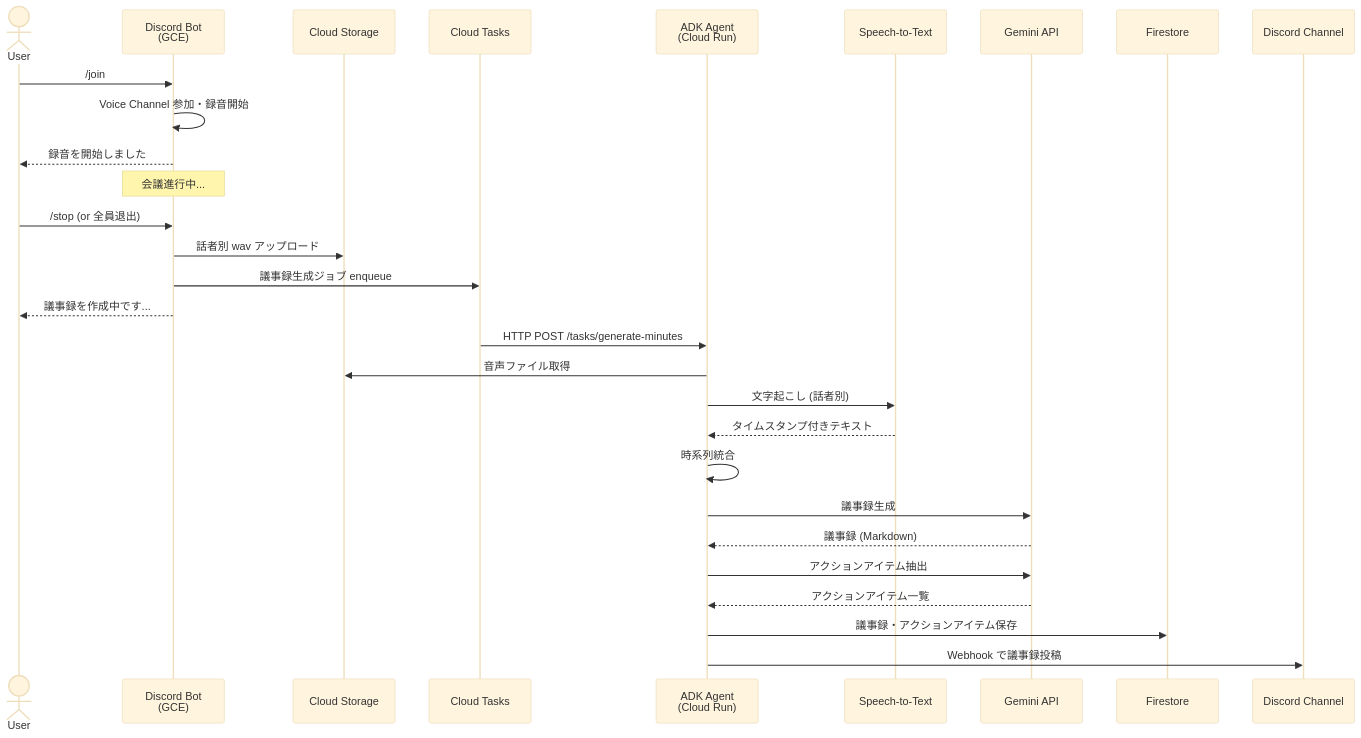
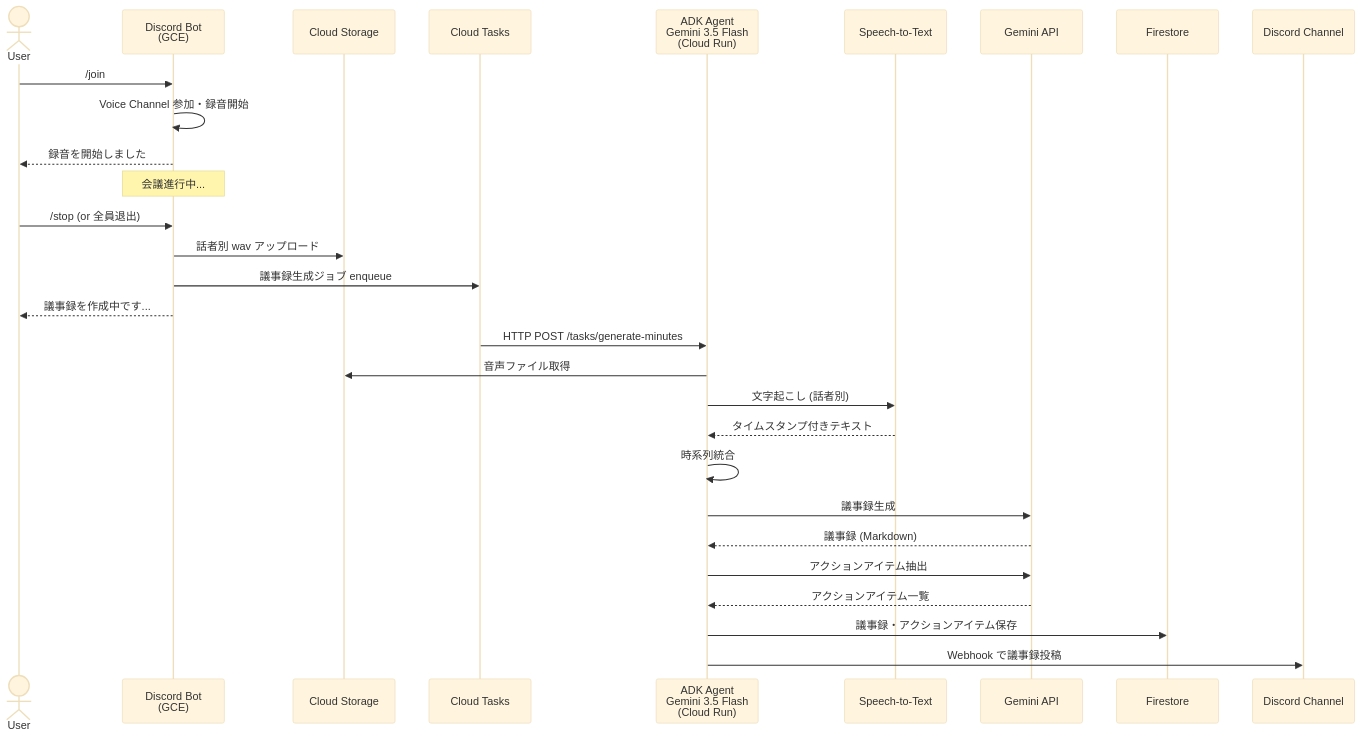
Before and after one commit to hinapupil/minutes-agent: the second of 7 diagrams in docs/design.md, drawn with Mermaid (base theme). The commit also changed other lines of this file and 1 other file, not shown here.

First line of the commit message:
docs: Gemini 3.5 Flash に更新 + User Flows を Mermaid 化

````diff
--- a/docs/design.md
+++ b/docs/design.md
@@ -98,35 +98,35 @@
 ```mermaid
 sequenceDiagram
     actor User
     participant Bot as Discord Bot<br/>(GCE)
     participant GCS as Cloud Storage
     participant CT as Cloud Tasks
-    participant Agent as ADK Agent<br/>(Cloud Run)
+    participant Agent as ADK Agent<br/>Gemini 3.5 Flash<br/>(Cloud Run)
     participant STT as Speech-to-Text
     participant Gemini as Gemini API
     participant FS as Firestore
     participant DC as Discord Channel
 
     User->>Bot: /join
     Bot->>Bot: Voice Channel 参加・録音開始
     Bot-->>User: 録音を開始しました
 
     Note over Bot: 会議進行中...
 
     User->>Bot: /stop (or 全員退出)
     Bot->>GCS: 話者別 wav アップロード
     Bot->>CT: 議事録生成ジョブ enqueue
     Bot-->>User: 議事録を作成中です...
 
     CT->>Agent: HTTP POST /tasks/generate-minutes
     Agent->>GCS: 音声ファイル取得
     Agent->>STT: 文字起こし (話者別)
     STT-->>Agent: タイムスタンプ付きテキスト
     Agent->>Agent: 時系列統合
     Agent->>Gemini: 議事録生成
     Gemini-->>Agent: 議事録 (Markdown)
     Agent->>Gemini: アクションアイテム抽出
     Gemini-->>Agent: アクションアイテム一覧
     Agent->>FS: 議事録・アクションアイテム保存
     Agent->>DC: Webhook で議事録投稿
 ```
````
